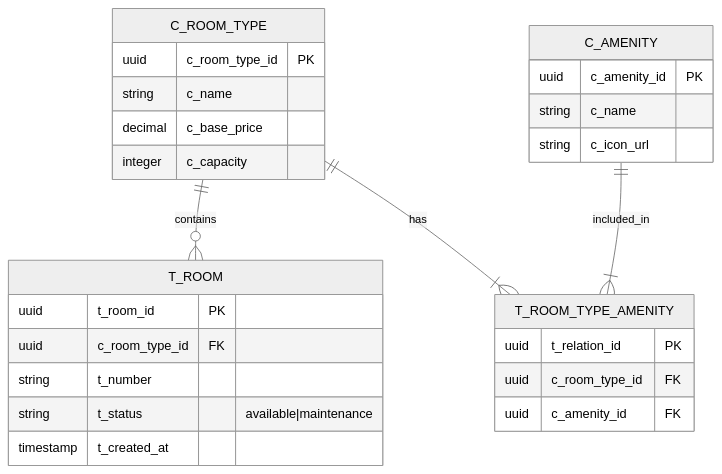
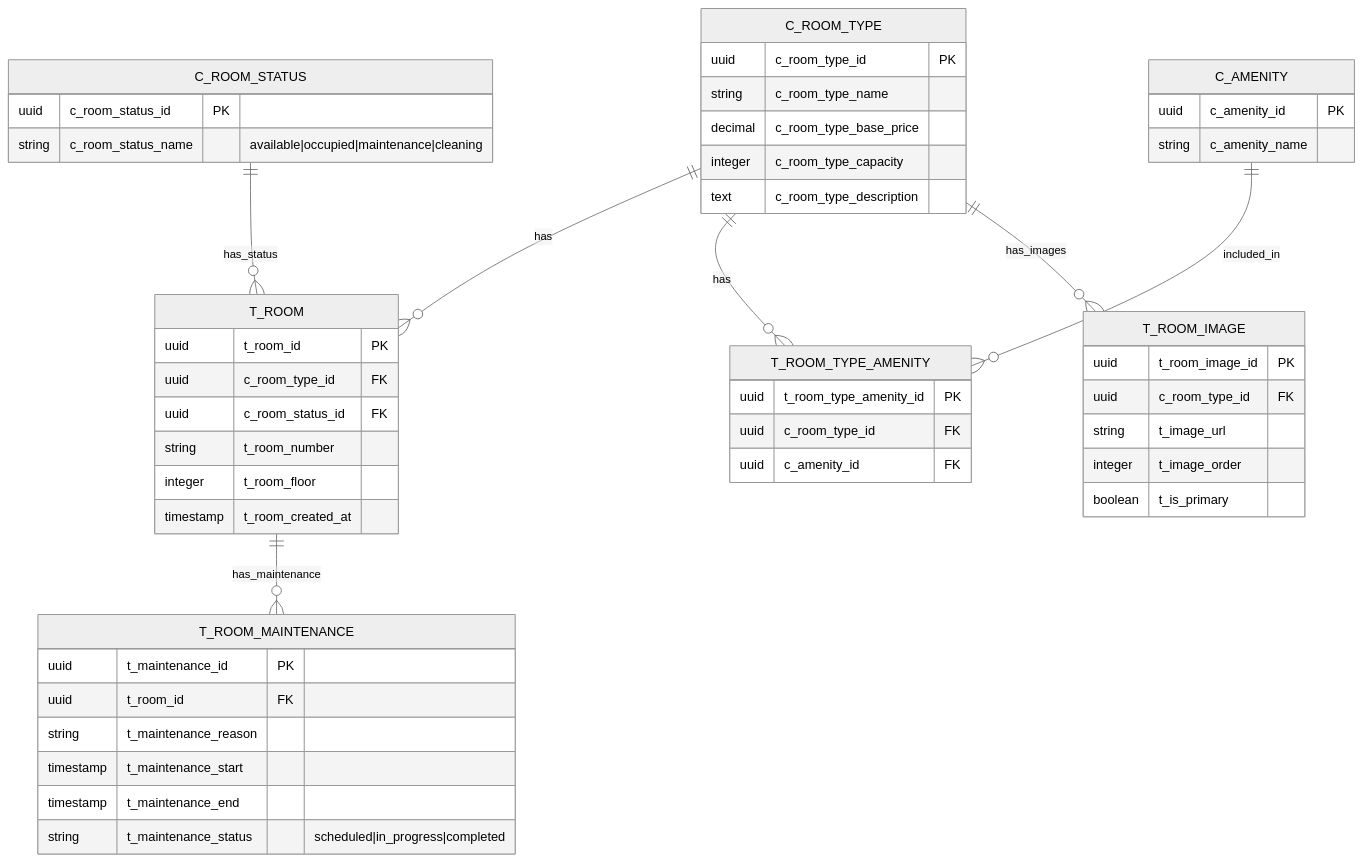
One commit to up220672/innaly changed the diagram in documentation/diagrams/database/room_db.mmd. Above: the diagram before and after it, drawn with Mermaid (neutral theme). The commit also changed 1 other file, not shown here.

Commit message:
fix: update room database diagram to enhance structure and relationships

```diff
--- a/documentation/diagrams/database/room_db.mmd
+++ b/documentation/diagrams/database/room_db.mmd
@@ -1,31 +1,60 @@
 erDiagram
+    %% ========= CATÁLOGOS =========
     C_ROOM_TYPE {
         uuid c_room_type_id PK
-        string c_name
-        decimal c_base_price
-        integer c_capacity
+        string c_room_type_name
+        decimal c_room_type_base_price
+        integer c_room_type_capacity
+        text c_room_type_description
     }
-    
+
     C_AMENITY {
         uuid c_amenity_id PK
-        string c_name
-        string c_icon_url
+        string c_amenity_name
     }
-    
+
+    C_ROOM_STATUS {
+        uuid c_room_status_id PK
+        string c_room_status_name "available|occupied|maintenance|cleaning"
+    }
+
+    %% ========= TRANSACCIONALES =========
     T_ROOM {
         uuid t_room_id PK
         uuid c_room_type_id FK
-        string t_number
-        string t_status "available|maintenance"
-        timestamp t_created_at
+        uuid c_room_status_id FK
+        string t_room_number
+        integer t_room_floor
+        timestamp t_room_created_at
     }
-    
+
     T_ROOM_TYPE_AMENITY {
-        uuid t_relation_id PK
+        uuid t_room_type_amenity_id PK
         uuid c_room_type_id FK
         uuid c_amenity_id FK
     }
-    
-    C_ROOM_TYPE ||--o{ T_ROOM : "contains"
-    C_ROOM_TYPE ||--|{ T_ROOM_TYPE_AMENITY : "has"
-    C_AMENITY ||--|{ T_ROOM_TYPE_AMENITY : "included_in"
+
+    T_ROOM_IMAGE {
+        uuid t_room_image_id PK
+        uuid c_room_type_id FK
+        string t_image_url
+        integer t_image_order
+        boolean t_is_primary
+    }
+
+    T_ROOM_MAINTENANCE {
+        uuid t_maintenance_id PK
+        uuid t_room_id FK
+        string t_maintenance_reason
+        timestamp t_maintenance_start
+        timestamp t_maintenance_end
+        string t_maintenance_status "scheduled|in_progress|completed"
+    }
+
+    %% ========= RELACIONES =========
+    C_ROOM_TYPE ||--o{ T_ROOM : "has"
+    C_ROOM_TYPE ||--o{ T_ROOM_TYPE_AMENITY : "has"
+    C_AMENITY ||--o{ T_ROOM_TYPE_AMENITY : "included_in"
+    C_ROOM_STATUS ||--o{ T_ROOM : "has_status"
+    C_ROOM_TYPE ||--o{ T_ROOM_IMAGE : "has_images"
+    T_ROOM ||--o{ T_ROOM_MAINTENANCE : "has_maintenance"
```
